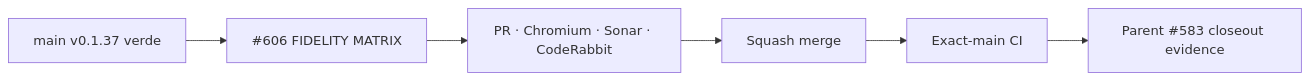
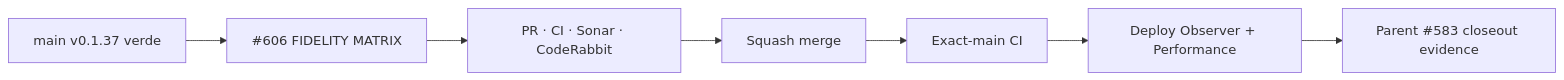
Before and after one commit to pl0n3r/brvtal: the diagram in README.md, drawn with Mermaid. The commit also changed other lines of this file, not shown here.

Commit message:
docs: promote fidelity closeout to v0.1.38

````diff
--- a/README.md
+++ b/README.md
@@ -49,8 +49,9 @@
 ```mermaid
 flowchart LR
  B["main v0.1.37 verde"] --> Q["#606 FIDELITY MATRIX"]
- Q --> P["PR · Chromium · Sonar · CodeRabbit"]
+ Q --> P["PR · CI · Sonar · CodeRabbit"]
  P --> M["Squash merge"]
  M --> X["Exact-main CI"]
- X --> C["Parent #583 closeout evidence"]
+ X --> D["Deploy Observer + Performance"]
+ D --> C["Parent #583 closeout evidence"]
 ```
````
